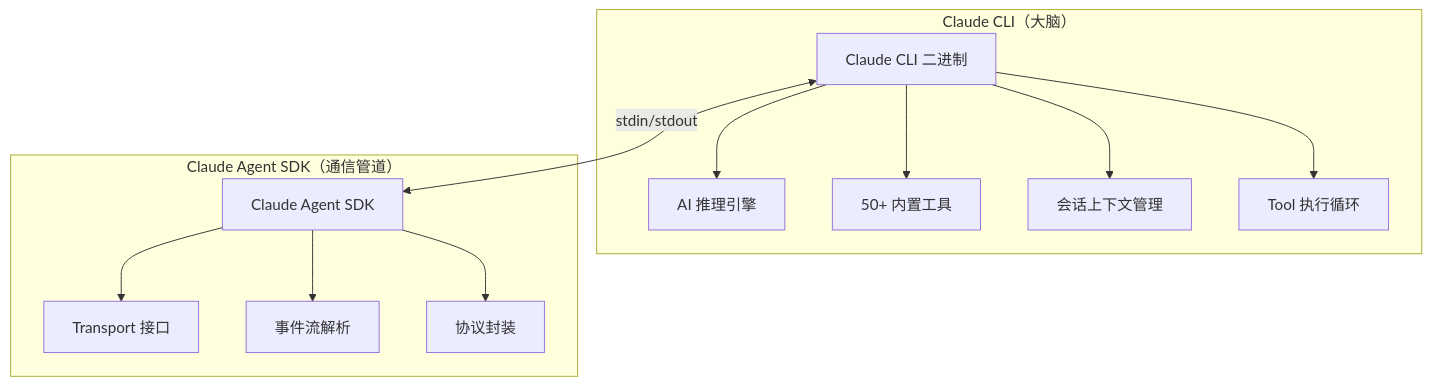
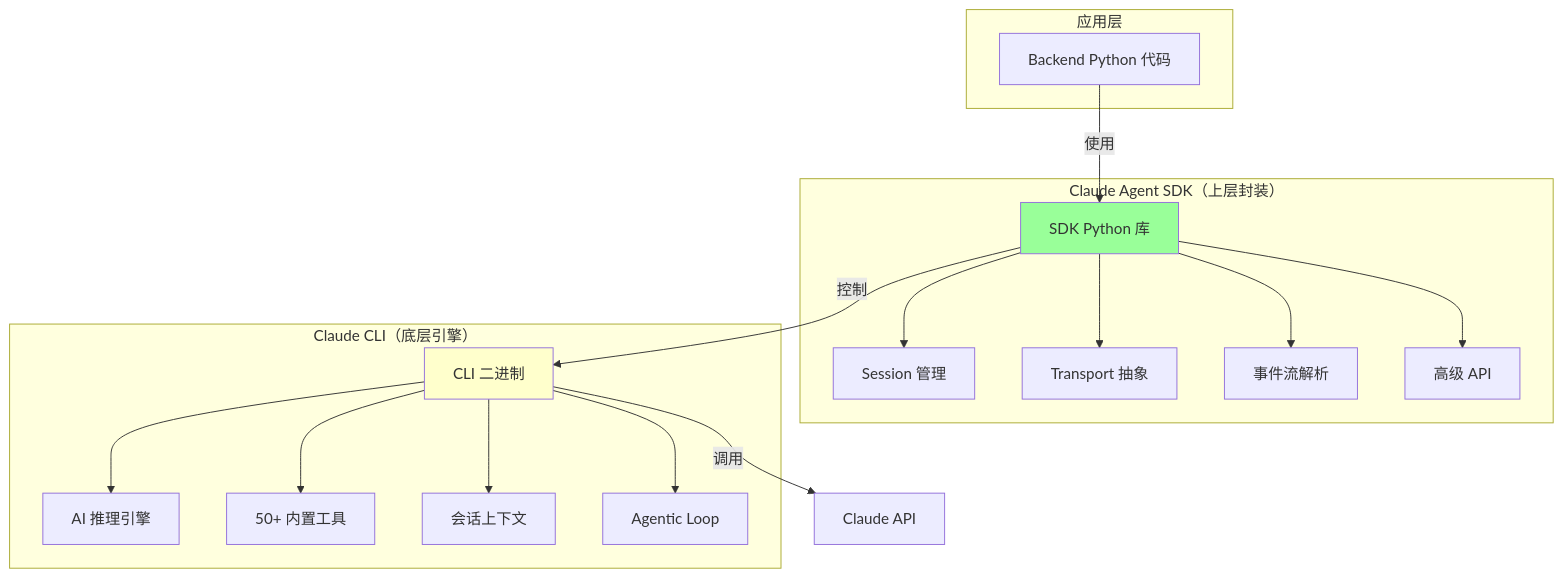
One commit to yy-dev7/claudex changed diagram 24 of 29 in docs/sandbox-lifecycle-analysis.md. Above: the diagram before and after it, drawn with Mermaid. The commit also changed other lines of this file, not shown here.

First line of the commit message:
Fix SDK/CLI relationship - SDK is upper layer wrapper for CLI

````diff
--- a/docs/sandbox-lifecycle-analysis.md
+++ b/docs/sandbox-lifecycle-analysis.md
@@ -1308,19 +1308,29 @@
 ```mermaid
 graph TB
-    subgraph "Claude CLI（大脑）"
-        CLI[Claude CLI 二进制]
+    subgraph "应用层"
+        APP[Backend Python 代码]
+    end
+
+    subgraph "Claude Agent SDK（上层封装）"
+        SDK[SDK Python 库]
+        SDK --> SESSION[Session 管理]
+        SDK --> TRANSPORT[Transport 抽象]
+        SDK --> EVENTS[事件流解析]
+        SDK --> API[高级 API]
+    end
+
+    subgraph "Claude CLI（底层引擎）"
+        CLI[CLI 二进制]
         CLI --> BRAIN[AI 推理引擎]
         CLI --> TOOLS[50+ 内置工具]
-        CLI --> CONTEXT[会话上下文管理]
-        CLI --> LOOP[Tool 执行循环]
+        CLI --> CONTEXT[会话上下文]
+        CLI --> LOOP[Agentic Loop]
     end
 
-    subgraph "Claude Agent SDK（通信管道）"
-        SDK[Claude Agent SDK]
-        SDK --> TRANSPORT[Transport 接口]
-        SDK --> STREAM[事件流解析]
-        SDK --> PROTOCOL[协议封装]
-    end
+    APP -->|使用| SDK
+    SDK -->|控制| CLI
+    CLI -->|调用| CLAUDE[Claude API]
 
-    CLI <-->|stdin/stdout| SDK
+    style SDK fill:#9f9
+    style CLI fill:#ffc
 ```
````
